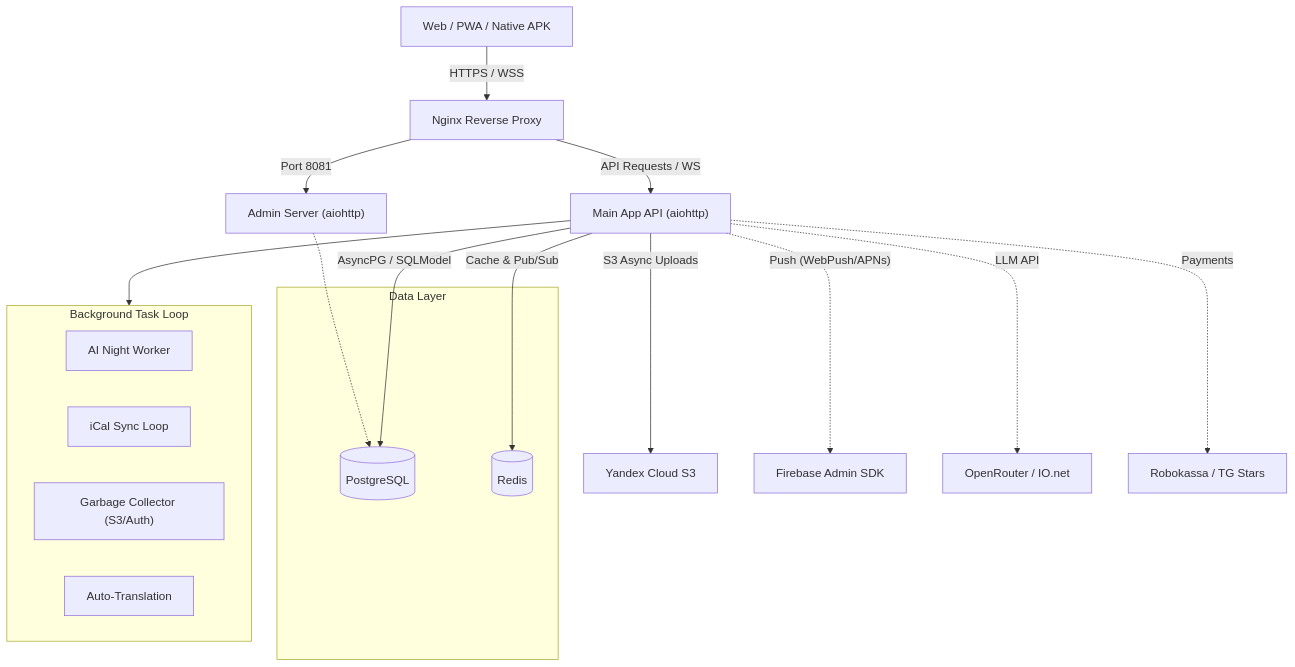
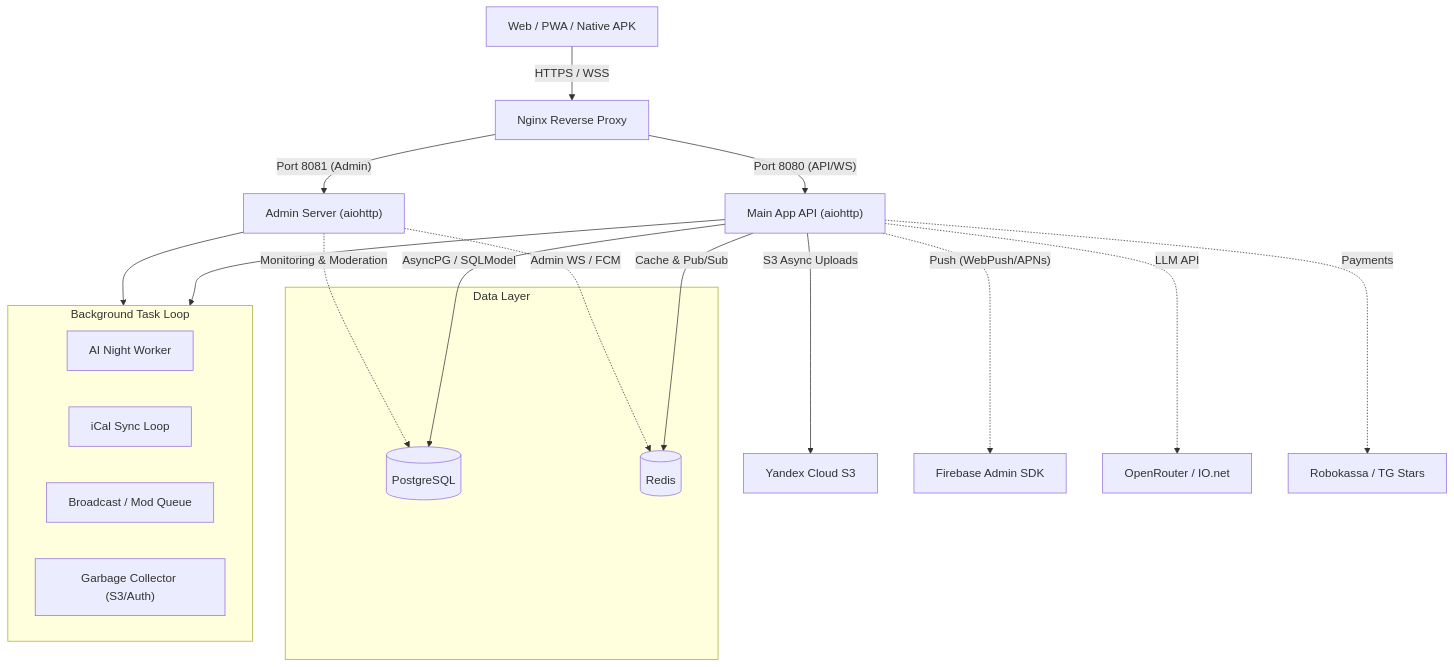
Before and after one commit to unDucato/MeshRent-Architecture: the first of 2 diagrams in README.md, drawn with Mermaid. The commit also changed other lines of this file, not shown here.

````diff
--- a/README.md
+++ b/README.md
@@ -32,32 +32,34 @@
 ```mermaid
 flowchart TD
     Client["Web / PWA / Native APK"] -->|"HTTPS / WSS"| Nginx["Nginx Reverse Proxy"]
     
-    Nginx -->|"API Requests / WS"| MainApp["Main App API (aiohttp)"]
-    Nginx -->|"Port 8081"| AdminApp["Admin Server (aiohttp)"]
+    Nginx -->|"Port 8080 (API/WS)"| MainApp["Main App API (aiohttp)"]
+    Nginx -->|"Port 8081 (Admin)"| AdminApp["Admin Server (aiohttp)"]
     
     subgraph Storage ["Data Layer"]
         DB[("PostgreSQL")]
         Redis[("Redis")]
     end
     
     MainApp -->|"AsyncPG / SQLModel"| DB
     MainApp -->|"Cache & Pub/Sub"| Redis
     
-    AdminApp -.-> DB
+    AdminApp -.->|"Monitoring & Moderation"| DB
+    AdminApp -.->|"Admin WS / FCM"| Redis
     
     MainApp -->|"S3 Async Uploads"| S3["Yandex Cloud S3"]
     
     MainApp -.->|"Push (WebPush/APNs)"| FCM["Firebase Admin SDK"]
     MainApp -.->|"LLM API"| AI["OpenRouter / IO.net"]
     MainApp -.->|"Payments"| Payment["Robokassa / TG Stars"]
     
     subgraph Background_Workers ["Background Task Loop"]
         Worker1["AI Night Worker"]
         Worker2["iCal Sync Loop"]
-        Worker3["Garbage Collector (S3/Auth)"]
-        Worker4["Auto-Translation"]
+        Worker3["Broadcast / Mod Queue"]
+        Worker4["Garbage Collector (S3/Auth)"]
     end
     
     MainApp --> Background_Workers
+    AdminApp --> Background_Workers
 ```
````
